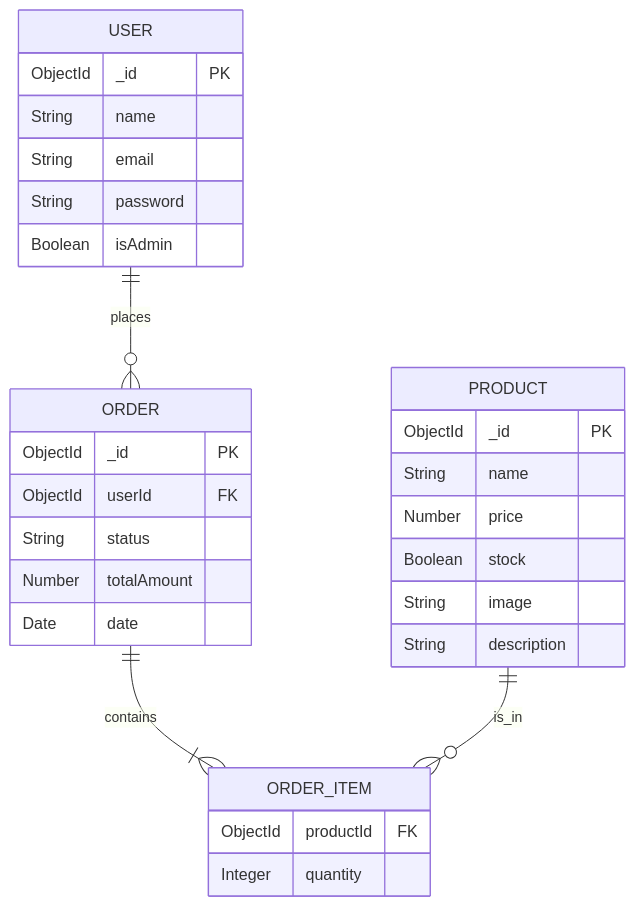
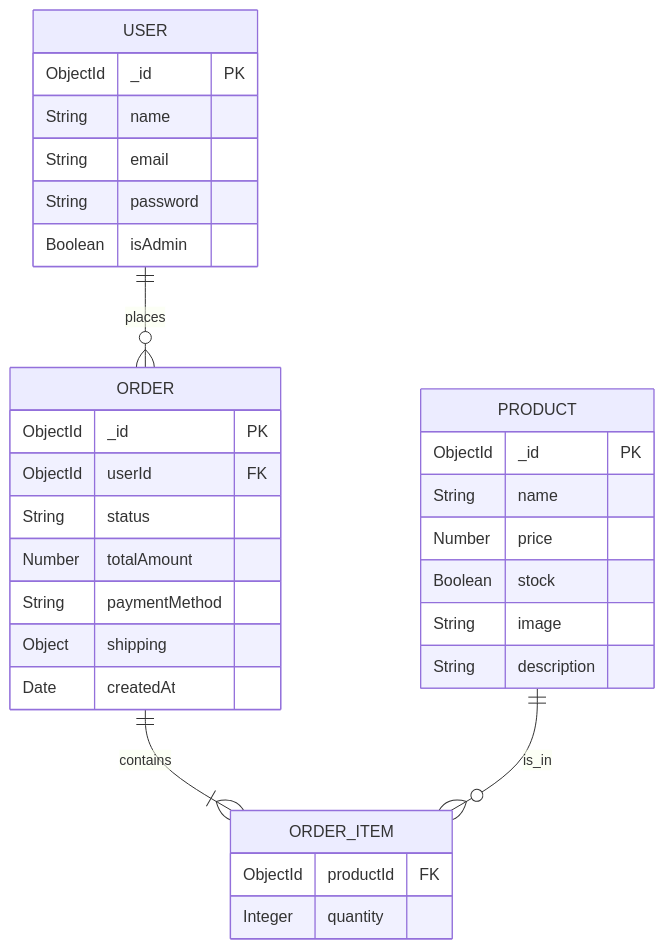
One commit to Raj-0318/Jewelify changed the fourth of 5 diagrams in dfd.md. Above: the diagram before and after it, drawn with Mermaid. The commit also changed other lines of this file and 10 other files, not shown here.

````diff
--- a/dfd.md
+++ b/dfd.md
@@ -143,36 +143,38 @@
 ```mermaid
 erDiagram
     USER {
         ObjectId _id PK
         String name
         String email
         String password
         Boolean isAdmin
     }
 
     PRODUCT {
         ObjectId _id PK
         String name
         Number price
         Boolean stock
         String image
         String description
     }
 
     ORDER {
         ObjectId _id PK
         ObjectId userId FK
         String status
         Number totalAmount
-        Date date
+        String paymentMethod
+        Object shipping
+        Date createdAt
     }
 
     ORDER_ITEM {
         ObjectId productId FK
         Integer quantity
     }
 
     USER ||--o{ ORDER : "places"
     ORDER ||--|{ ORDER_ITEM : "contains"
     PRODUCT ||--o{ ORDER_ITEM : "is_in"
 ```
````
